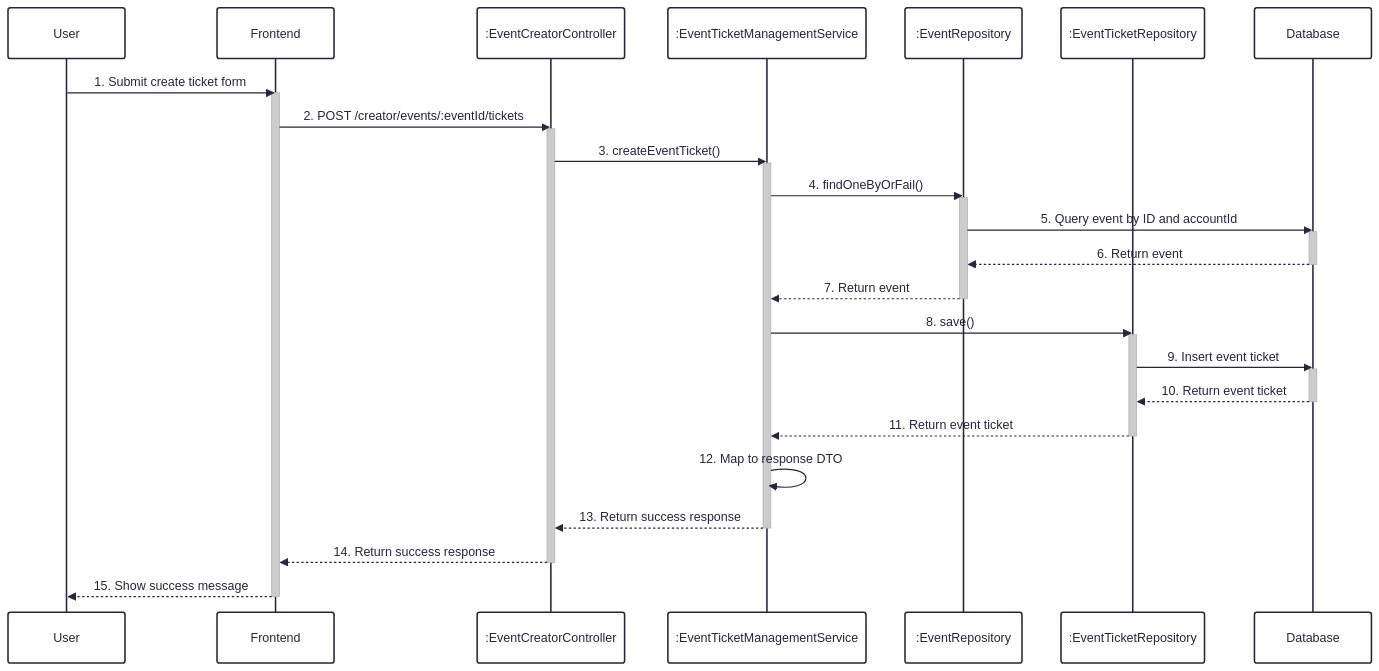
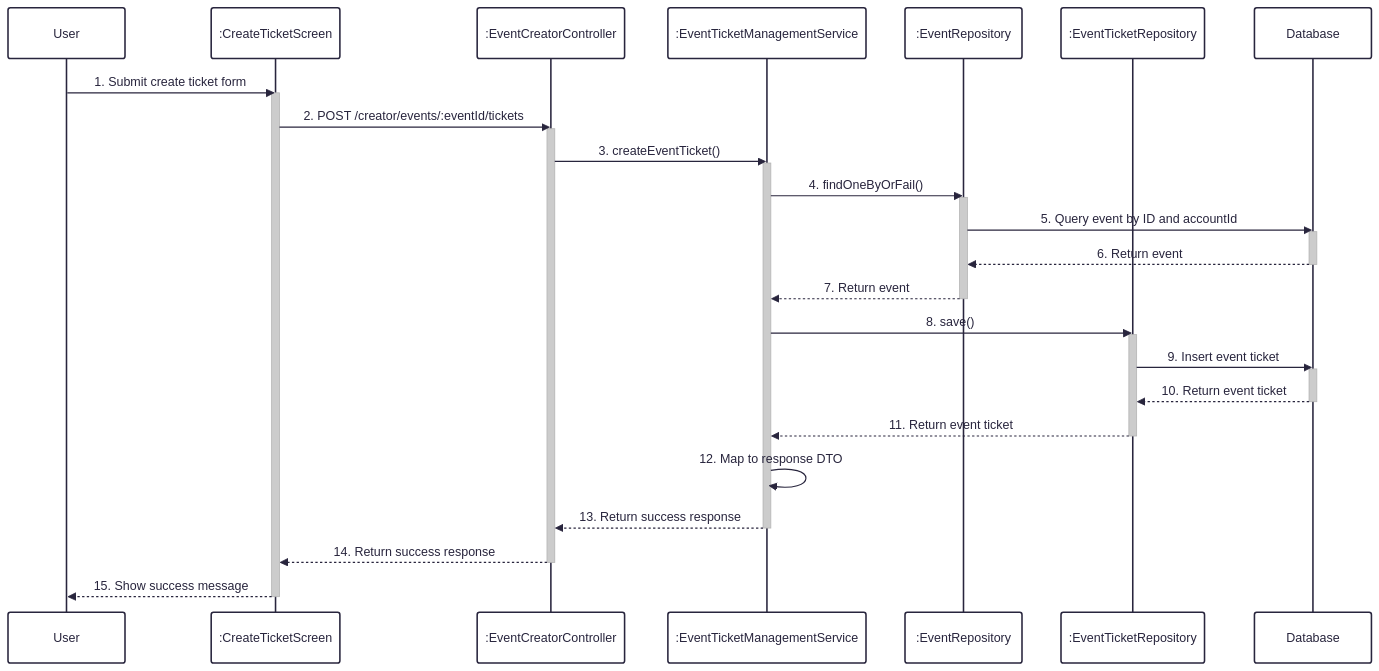
The diagram in docs/sequence/7-create-event-ticket.md (UrbanLens-2025/urban-lens_server), drawn with Mermaid before and after one commit. The commit also changed other lines of this file and 19 other files, not shown here.

Commit message:
sequence diagram

````diff
--- a/docs/sequence/7-create-event-ticket.md
+++ b/docs/sequence/7-create-event-ticket.md
@@ -1,45 +1,45 @@
 ```mermaid
 ---
 config:
   theme: redux
   look: classic
 ---
 sequenceDiagram
     participant User
-    participant Frontend
+    participant CreateTicketScreen as :CreateTicketScreen
     participant EventCreatorController as :EventCreatorController
     participant EventTicketManagementService as :EventTicketManagementService
     participant EventRepository as :EventRepository
     participant EventTicketRepository as :EventTicketRepository
     participant Database
 
-    User->>Frontend: 1. Submit create ticket form
-    activate Frontend
-    Frontend->>EventCreatorController: 2. POST /creator/events/:eventId/tickets
+    User->>CreateTicketScreen: 1. Submit create ticket form
+    activate CreateTicketScreen
+    CreateTicketScreen->>EventCreatorController: 2. POST /creator/events/:eventId/tickets
     activate EventCreatorController
     EventCreatorController->>EventTicketManagementService: 3. createEventTicket()
     activate EventTicketManagementService
     EventTicketManagementService->>EventRepository: 4. findOneByOrFail()
     activate EventRepository
     EventRepository->>Database: 5. Query event by ID and accountId
     activate Database
     Database-->>EventRepository: 6. Return event
     deactivate Database
     EventRepository-->>EventTicketManagementService: 7. Return event
     deactivate EventRepository
     EventTicketManagementService->>EventTicketRepository: 8. save()
     activate EventTicketRepository
     EventTicketRepository->>Database: 9. Insert event ticket
     activate Database
     Database-->>EventTicketRepository: 10. Return event ticket
     deactivate Database
     EventTicketRepository-->>EventTicketManagementService: 11. Return event ticket
     deactivate EventTicketRepository
     EventTicketManagementService->>EventTicketManagementService: 12. Map to response DTO
     EventTicketManagementService-->>EventCreatorController: 13. Return success response
     deactivate EventTicketManagementService
-    EventCreatorController-->>Frontend: 14. Return success response
+    EventCreatorController-->>CreateTicketScreen: 14. Return success response
     deactivate EventCreatorController
-    Frontend-->>User: 15. Show success message
-    deactivate Frontend
+    CreateTicketScreen-->>User: 15. Show success message
+    deactivate CreateTicketScreen
 ```
````
